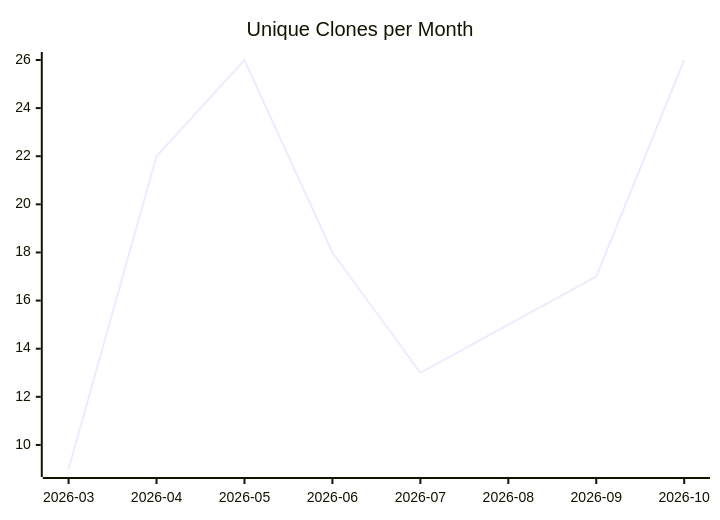
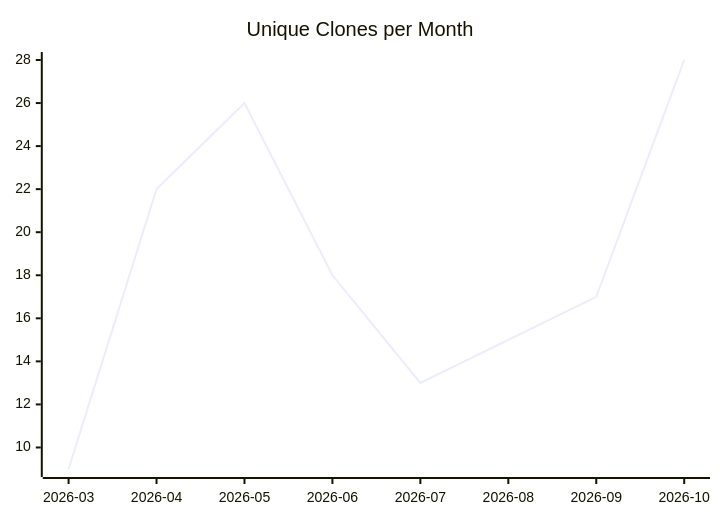
One commit to justdavis-family/github-analytics-data changed the third of 3 diagrams in karlmdavis/lego-ev3dev-rs/README.md. Above: the diagram before and after it, drawn with Mermaid. The commit also changed other lines of this file and 200 other files, not shown here.

````diff
--- a/karlmdavis/lego-ev3dev-rs/README.md
+++ b/karlmdavis/lego-ev3dev-rs/README.md
@@ -19,6 +19,6 @@
 ```mermaid
 xychart-beta
   title "Unique Clones per Month"
   x-axis ["2026-03", "2026-04", "2026-05", "2026-06", "2026-07", "2026-08", "2026-09", "2026-10"]
-  line [9, 22, 26, 18, 13, 15, 17, 26]
+  line [9, 22, 26, 18, 13, 15, 17, 28]
 ```
````
